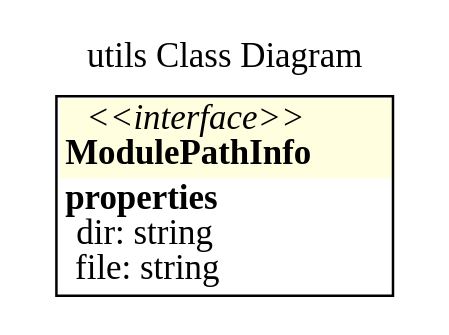
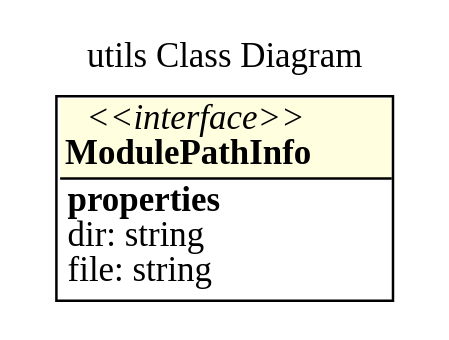
Before and after one commit to fleebe/GitHubPages: the diagram in dep-graph-ts/utils_ClassDiagram.dot, drawn with Graphviz. The commit also changed 22 other files, not shown here.

Commit message:
Update docs for dep-graph-ts from fleebe/dep-graph-ts workflow

```diff
--- a/dep-graph-ts/utils_ClassDiagram.dot
+++ b/dep-graph-ts/utils_ClassDiagram.dot
@@ -1,11 +1,11 @@
 digraph {label="utils Class Diagram";
 labelloc="t";
 "ModulePathInfo" [shape=none, label=<<TABLE cellspacing="0" cellborder="0" align="left">
 <TR><TD align="center" bgcolor="lightyellow"><I>&lt;&lt;interface&gt;&gt;</I><BR/><B>ModulePathInfo</B></TD></TR>
-<TR><TD align="left"><B>properties</B><BR/>
+<TR><TD align="left" BORDER="1" SIDES="T" BALIGN="LEFT"><B>properties</B><BR/>
 dir: string<BR/>
 file: string<BR/>
 </TD></TR>
 </TABLE>>];
 
 }
```
